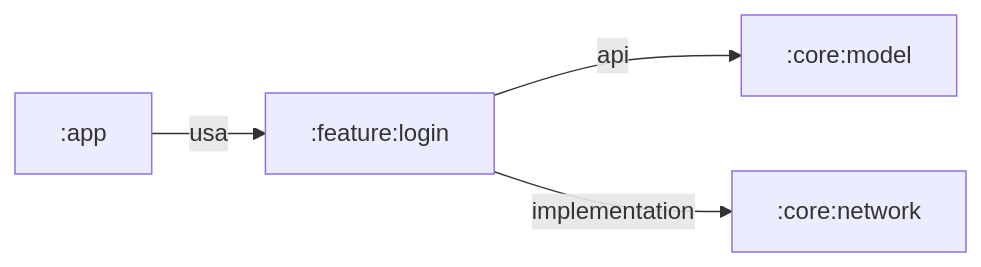
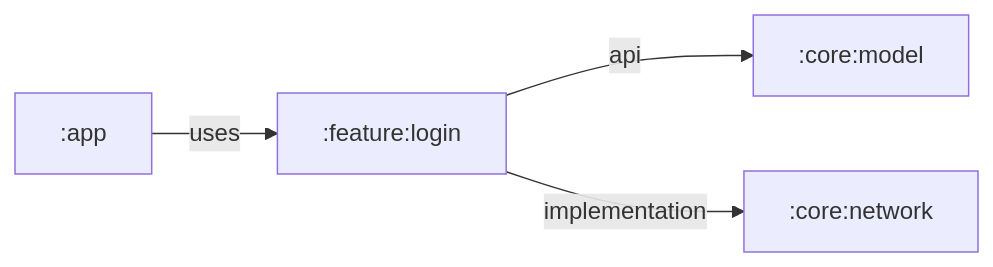
One commit to pfranccino/android-module-map changed the fourth of 5 diagrams in examples/feature-login.md. Above: the diagram before and after it, drawn with Mermaid. The commit also changed other lines of this file and 13 other files, not shown here.

````diff
--- a/examples/feature-login.md
+++ b/examples/feature-login.md
@@ -103,7 +103,7 @@
 ```mermaid
 graph LR
     n0[":feature:login"]
-    n1[":app"] -->|usa| n0
+    n1[":app"] -->|uses| n0
     n0 -->|api| n2[":core:model"]
     n0 -->|implementation| n3[":core:network"]
 ```
````
